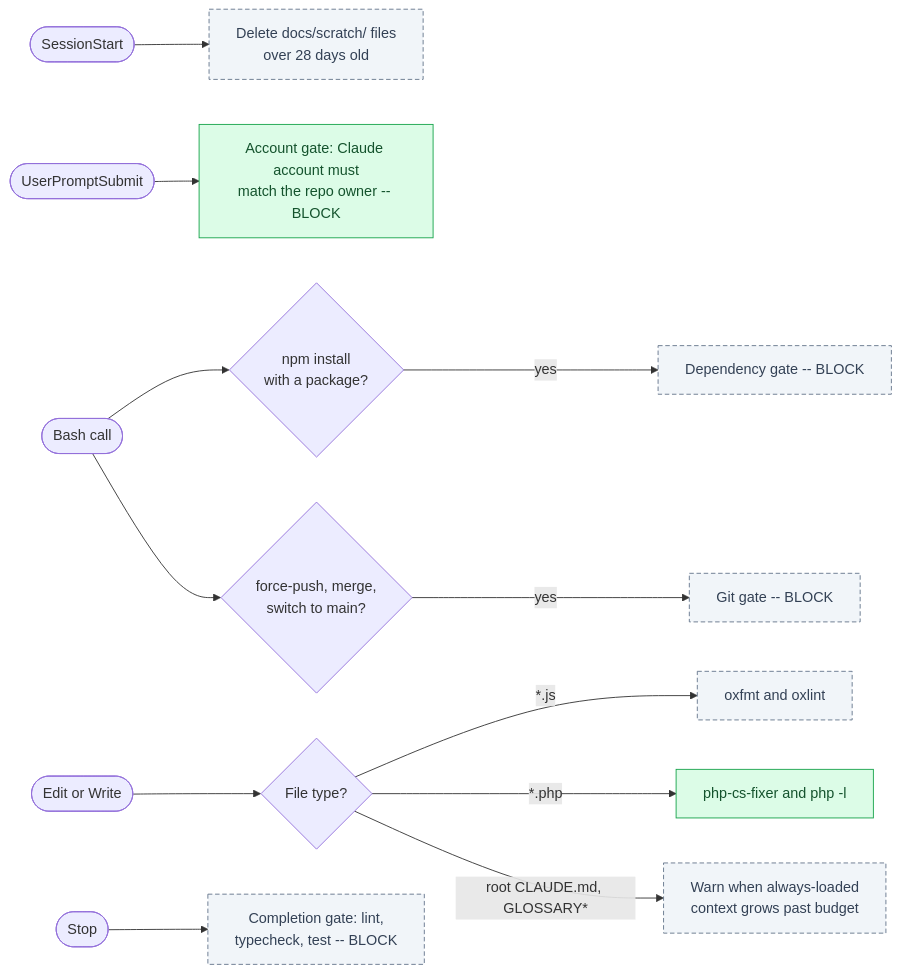
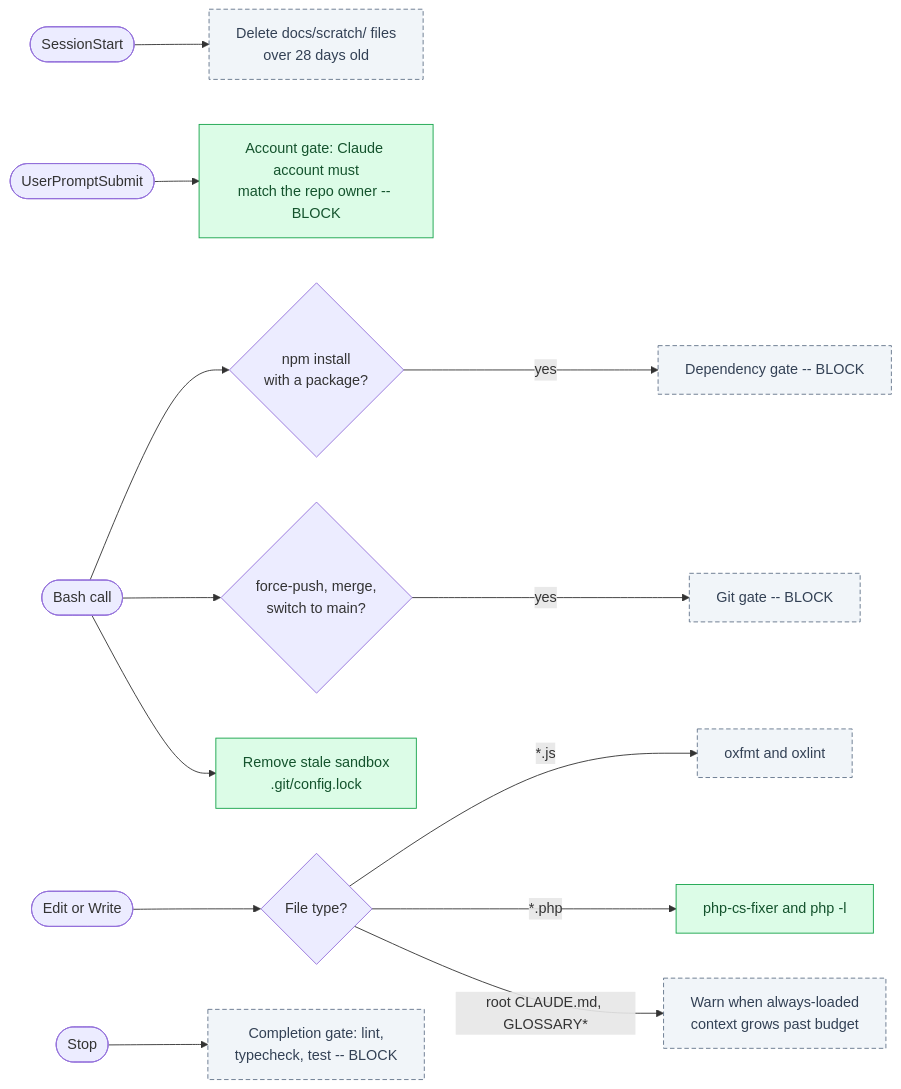
One commit to tforster/agents0 changed the third of 3 diagrams in README.md. Above: the diagram before and after it, drawn with Mermaid.

Commit message:
Show the sandbox config-lock hook in the enforcement diagram (Re: AGEN-23)

````diff
--- a/README.md
+++ b/README.md
@@ -115,17 +115,18 @@
 ```mermaid
 flowchart LR
   sessionStart(["SessionStart"]) --> retention["Delete docs/scratch/ files<br/>over 28 days old"]:::planned
   prompt(["UserPromptSubmit"]) --> account["Account gate: Claude account must<br/>match the repo owner -- BLOCK"]:::exists
   bash(["Bash call"]) --> install{"npm install<br/>with a package?"}
   install -- yes --> depGate["Dependency gate -- BLOCK"]:::planned
   bash --> git{"force-push, merge,<br/>switch to main?"}
   git -- yes --> gitGate["Git gate -- BLOCK"]:::planned
+  bash --> configLock["Remove stale sandbox<br/>.git/config.lock"]:::exists
   edit(["Edit or Write"]) --> fileType{"File type?"}
   fileType -- "*.js" --> jsLint["oxfmt and oxlint"]:::planned
   fileType -- "*.php" --> phpLint["php-cs-fixer and php -l"]:::exists
   fileType -- "root CLAUDE.md, GLOSSARY*" --> budget["Warn when always-loaded<br/>context grows past budget"]:::planned
   stop(["Stop"]) --> completion["Completion gate: lint,<br/>typecheck, test -- BLOCK"]:::planned
 
   classDef exists fill:#dcfce7,stroke:#16a34a,color:#14532d
   classDef planned fill:#f1f5f9,stroke:#64748b,color:#334155,stroke-dasharray:5 3
 ```
````
